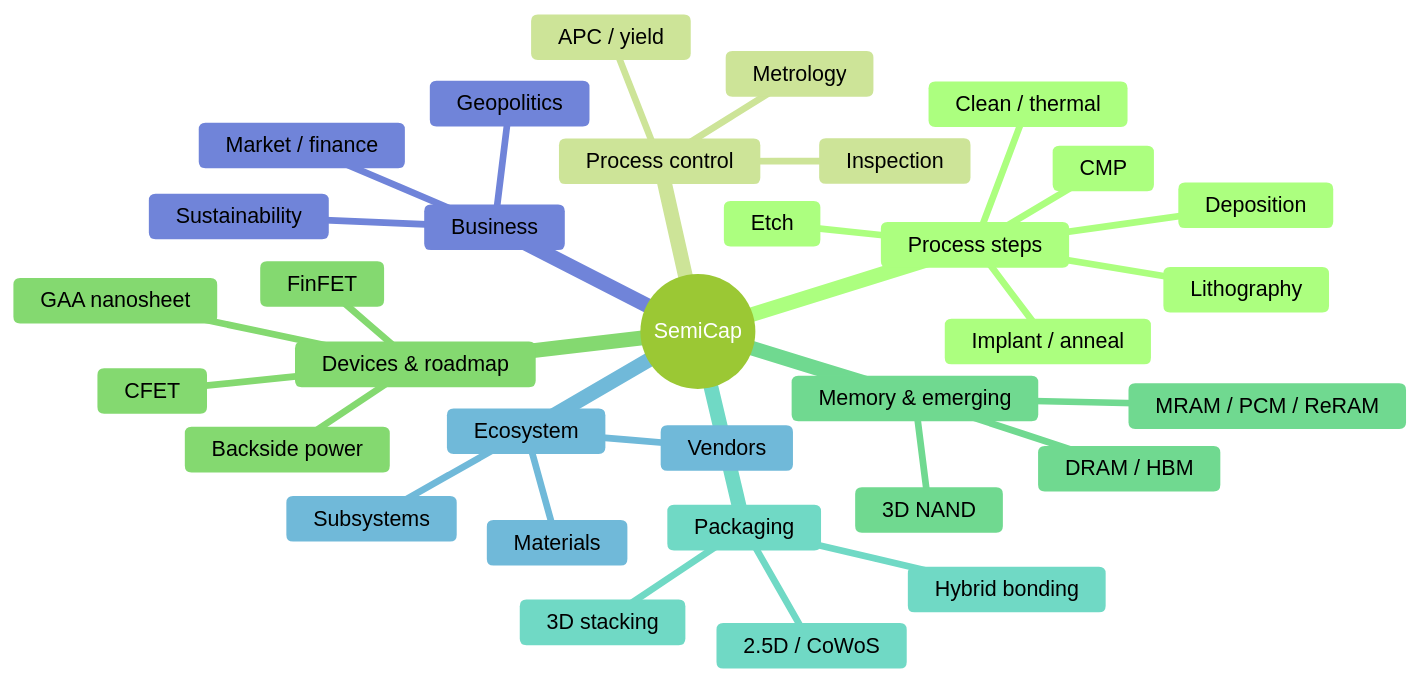
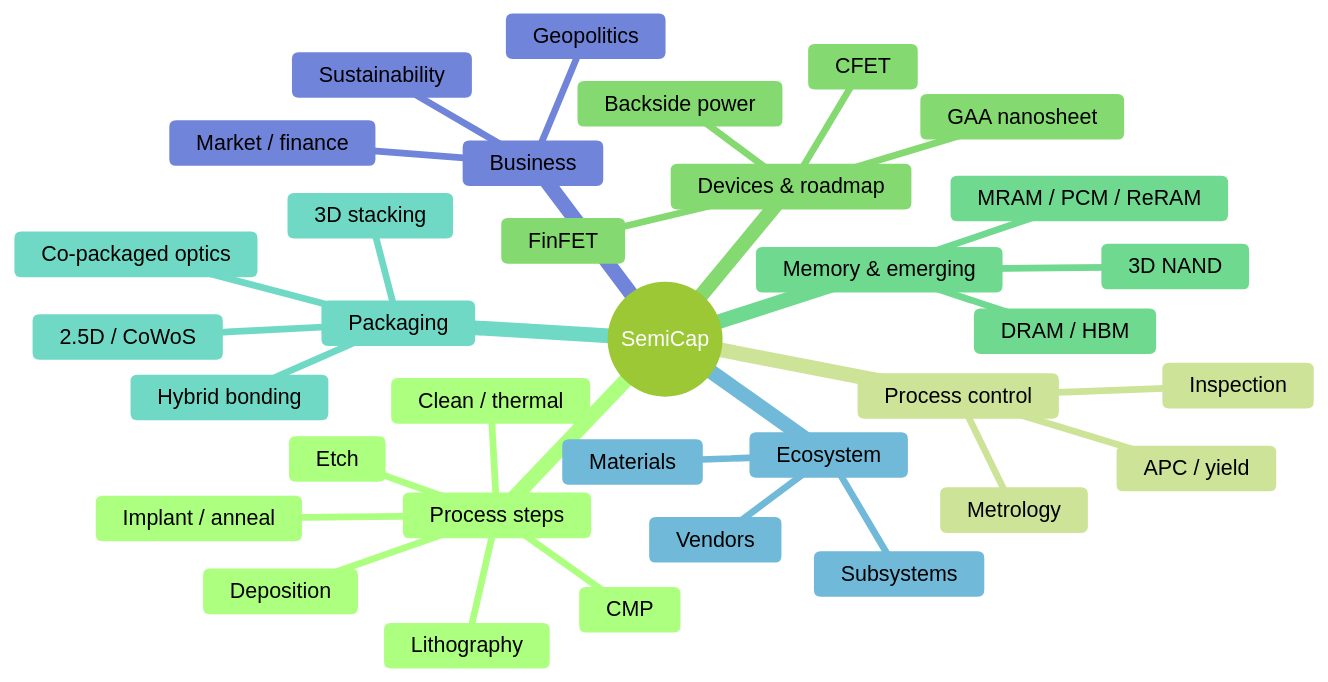
The diagram in 26_glossary.md (FrankHuang94/semicap_technologies_claude), drawn with Mermaid (forest theme) before and after one commit. The commit also changed other lines of this file and 60 other files, not shown here.

````diff
--- a/26_glossary.md
+++ b/26_glossary.md
@@ -11,36 +11,37 @@
 ```mermaid
 mindmap
   root((SemiCap))
     Process steps
       Lithography
       Deposition
       Etch
       CMP
       Implant / anneal
       Clean / thermal
     Process control
       Metrology
       Inspection
       APC / yield
     Devices & roadmap
       FinFET
       GAA nanosheet
       CFET
       Backside power
     Memory & emerging
       3D NAND
       DRAM / HBM
       MRAM / PCM / ReRAM
     Packaging
       2.5D / CoWoS
       3D stacking
       Hybrid bonding
+      Co-packaged optics
     Ecosystem
       Vendors
       Materials
       Subsystems
     Business
       Market / finance
       Geopolitics
       Sustainability
 ```
````
